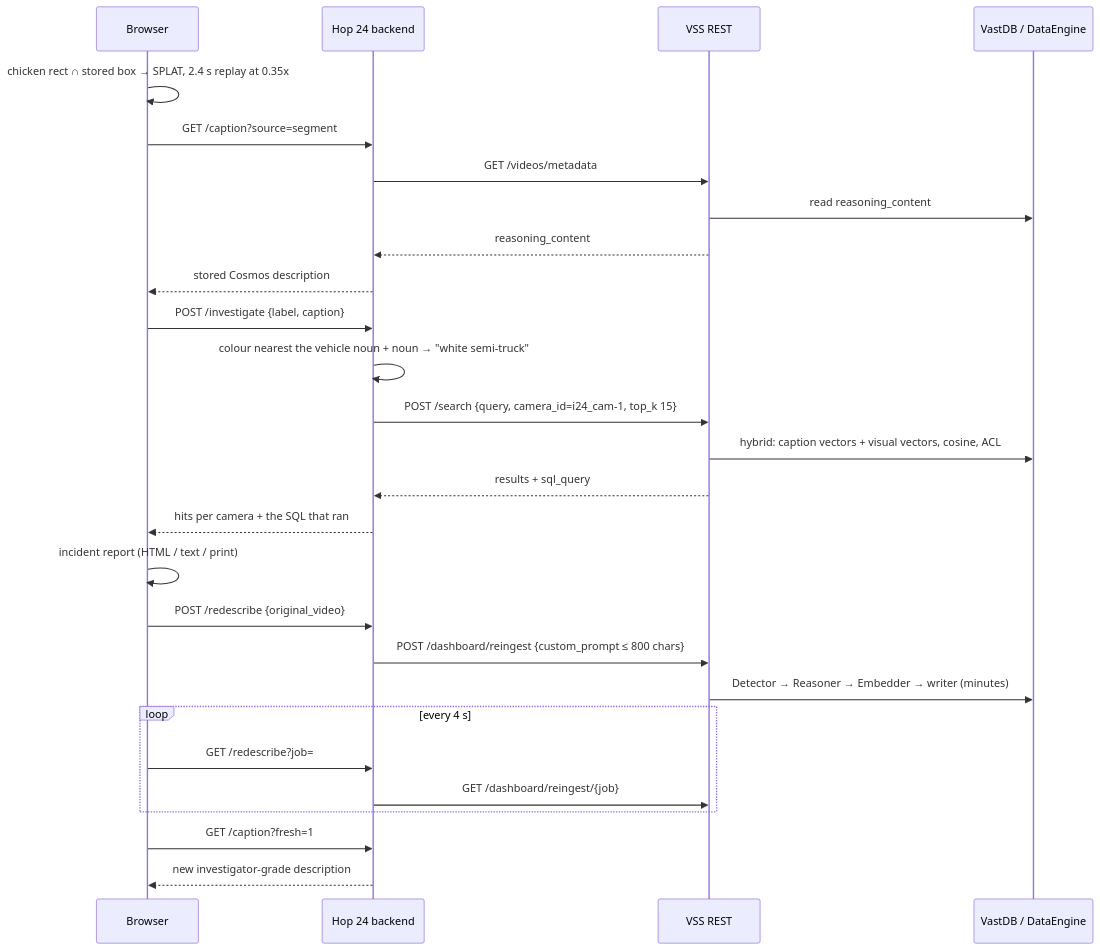
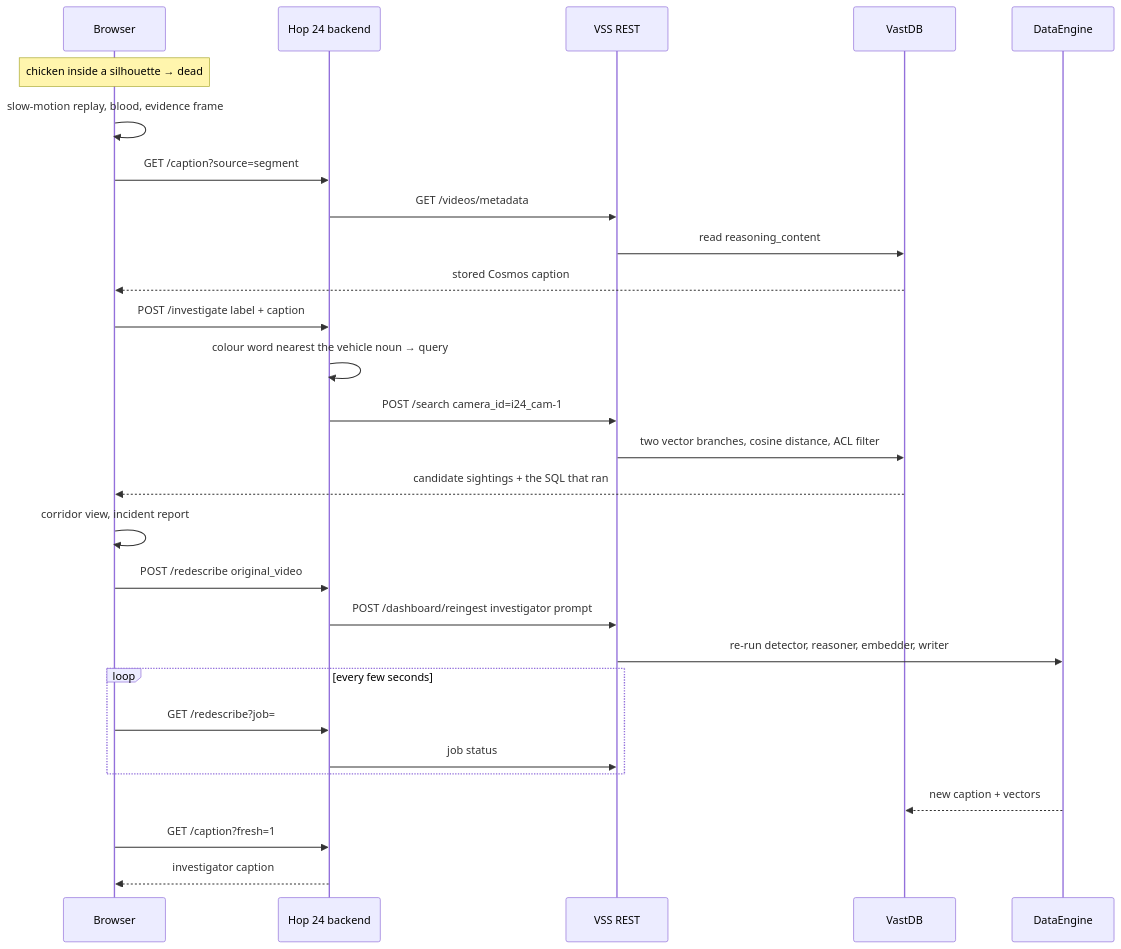
One commit to vnmoorthy/hop24 changed the second of 2 diagrams in README.md. Above: the diagram before and after it, drawn with Mermaid. The commit also changed other lines of this file and 13 other files, not shown here.

````diff
--- a/README.md
+++ b/README.md
@@ -174,30 +181,31 @@
 ```mermaid
 sequenceDiagram
-  participant U as Browser
+  participant B as Browser
   participant H as Hop 24 backend
-  participant V as VSS REST
-  participant D as VastDB / DataEngine
+  participant R as VSS REST
+  participant D as VastDB
+  participant P as DataEngine
 
-  U->>U: chicken rect ∩ stored box → SPLAT, 2.4 s replay at 0.35x
-  U->>H: GET /caption?source=segment
-  H->>V: GET /videos/metadata
-  V->>D: read reasoning_content
-  V-->>H: reasoning_content
-  H-->>U: stored Cosmos description
-  U->>H: POST /investigate {label, caption}
-  H->>H: colour nearest the vehicle noun + noun → "white semi-truck"
-  H->>V: POST /search {query, camera_id=i24_cam-1, top_k 15}
-  V->>D: hybrid: caption vectors + visual vectors, cosine, ACL
-  V-->>H: results + sql_query
-  H-->>U: hits per camera + the SQL that ran
-  U->>U: incident report (HTML / text / print)
-  U->>H: POST /redescribe {original_video}
-  H->>V: POST /dashboard/reingest {custom_prompt ≤ 800 chars}
-  V->>D: Detector → Reasoner → Embedder → writer (minutes)
-  loop every 4 s
-    U->>H: GET /redescribe?job=
-    H->>V: GET /dashboard/reingest/{job}
+  Note over B: chicken inside a silhouette → dead
+  B->>B: slow-motion replay, blood, evidence frame
+  B->>H: GET /caption?source=segment
+  H->>R: GET /videos/metadata
+  R->>D: read reasoning_content
+  D-->>B: stored Cosmos caption
+  B->>H: POST /investigate label + caption
+  H->>H: colour word nearest the vehicle noun → query
+  H->>R: POST /search camera_id=i24_cam-1
+  R->>D: two vector branches, cosine distance, ACL filter
+  D-->>B: candidate sightings + the SQL that ran
+  B->>B: corridor view, incident report
+  B->>H: POST /redescribe original_video
+  H->>R: POST /dashboard/reingest investigator prompt
+  R->>P: re-run detector, reasoner, embedder, writer
+  loop every few seconds
+    B->>H: GET /redescribe?job=
+    H->>R: job status
   end
-  U->>H: GET /caption?fresh=1
-  H-->>U: new investigator-grade description
+  P-->>D: new caption + vectors
+  B->>H: GET /caption?fresh=1
+  H-->>B: investigator caption
 ```
````
